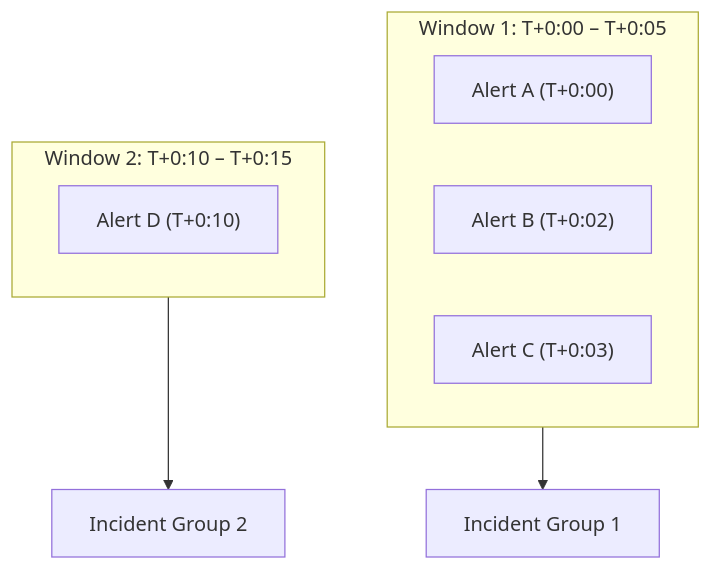
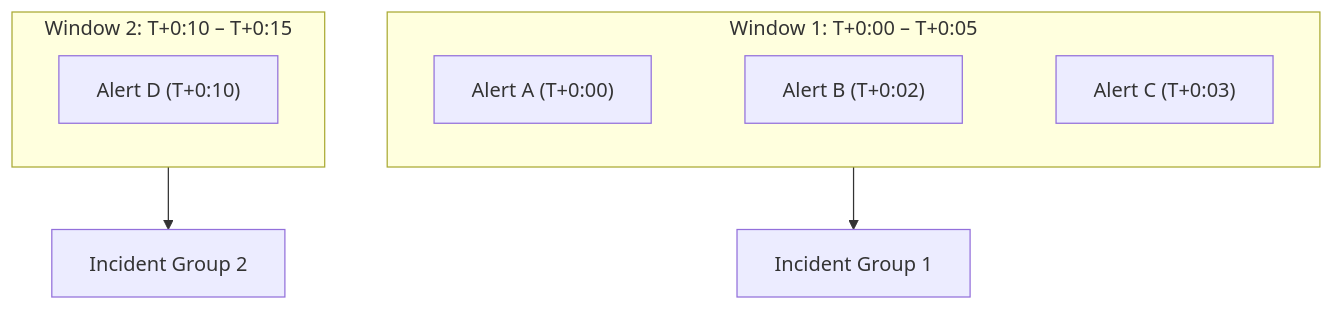
The third of 5 diagrams in content/guides/alert-correlation.md (radra23/scryops-site), drawn with Mermaid before and after one commit. The commit also changed other lines of this file and 49 other files, not shown here.

First line of the commit message:
fix(diagrams): fit the 18 live Mermaid diagrams that panned under the 12/14 floor

```diff
--- a/content/guides/alert-correlation.md
+++ b/content/guides/alert-correlation.md
@@ -48,13 +48,11 @@
 {{< mermaid >}}
 flowchart TD
     subgraph w1 ["Window 1: T+0:00 – T+0:05"]
-        A["Alert A (T+0:00)"]
-        B["Alert B (T+0:02)"]
-        C["Alert C (T+0:03)"]
+        A["Alert A (T+0:00)"] ~~~ B["Alert B (T+0:02)"] ~~~ C["Alert C (T+0:03)"]
     end
     subgraph w2 ["Window 2: T+0:10 – T+0:15"]
         D["Alert D (T+0:10)"]
     end
     w1 --> G1[Incident Group 1]
     w2 --> G2[Incident Group 2]
 {{< /mermaid >}}
```
